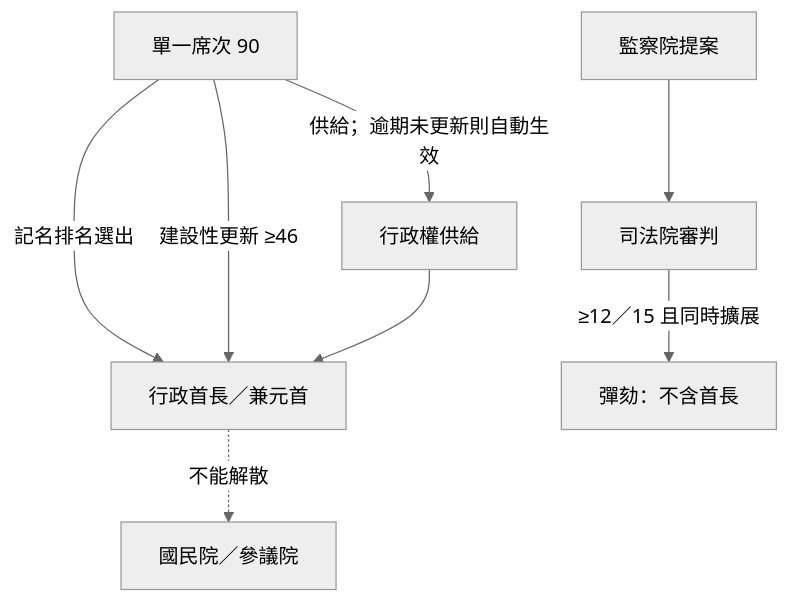
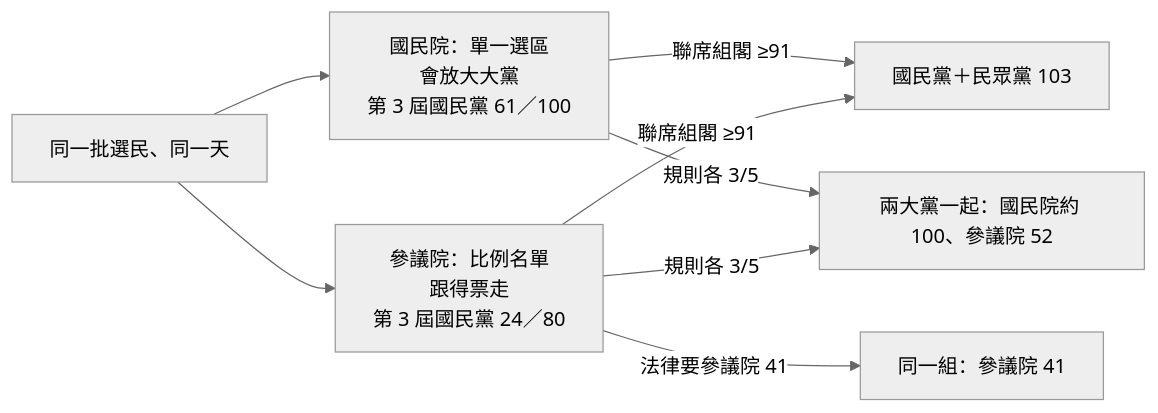
One commit to IRonROOT578/Political-Economy-Research-Public changed the fourth of 8 diagrams in topics/regime-designs/designs/台灣/兩院議會制/憲政架構圖.md. Above: the diagram before and after it, drawn with Mermaid (neutral theme). The commit also changed other lines of this file and 241 other files, not shown here.

````diff
--- a/topics/regime-designs/designs/台灣/兩院議會制/憲政架構圖.md
+++ b/topics/regime-designs/designs/台灣/兩院議會制/憲政架構圖.md
@@ -69,10 +60,8 @@
 ```mermaid
-flowchart TD
-  Chief[行政首長／兼元首] -.->|不能解散| Houses[國民院／參議院]
-  SMD[單一席次 90] -->|記名排名選出| Chief
-  SMD -->|建設性更新 ≥46| Chief
-  SMD -->|供給；逾期未更新則自動生效| Supply[行政權供給]
-  Supply --> Chief
-  S[監察院提案] --> J[司法院審判]
-  J -->|≥12／15 且同時擴展| Impeach[彈劾：不含首長]
+flowchart LR
+  V[同一批選民、同一天] --> NA2[國民院：單一選區<br/>會放大大黨<br/>第 3 屆國民黨 61／100]
+  V --> SEN2[參議院：比例名單<br/>跟得票走<br/>第 3 屆國民黨 24／80]
+  NA2 & SEN2 -->|聯席組閣 ≥91| G[國民黨＋民眾黨 103]
+  SEN2 -->|法律要參議院 41| P[同一組：參議院 41]
+  NA2 & SEN2 -->|規則各 3/5| Two[兩大黨一起：國民院約 100、參議院 52]
 ```
````
